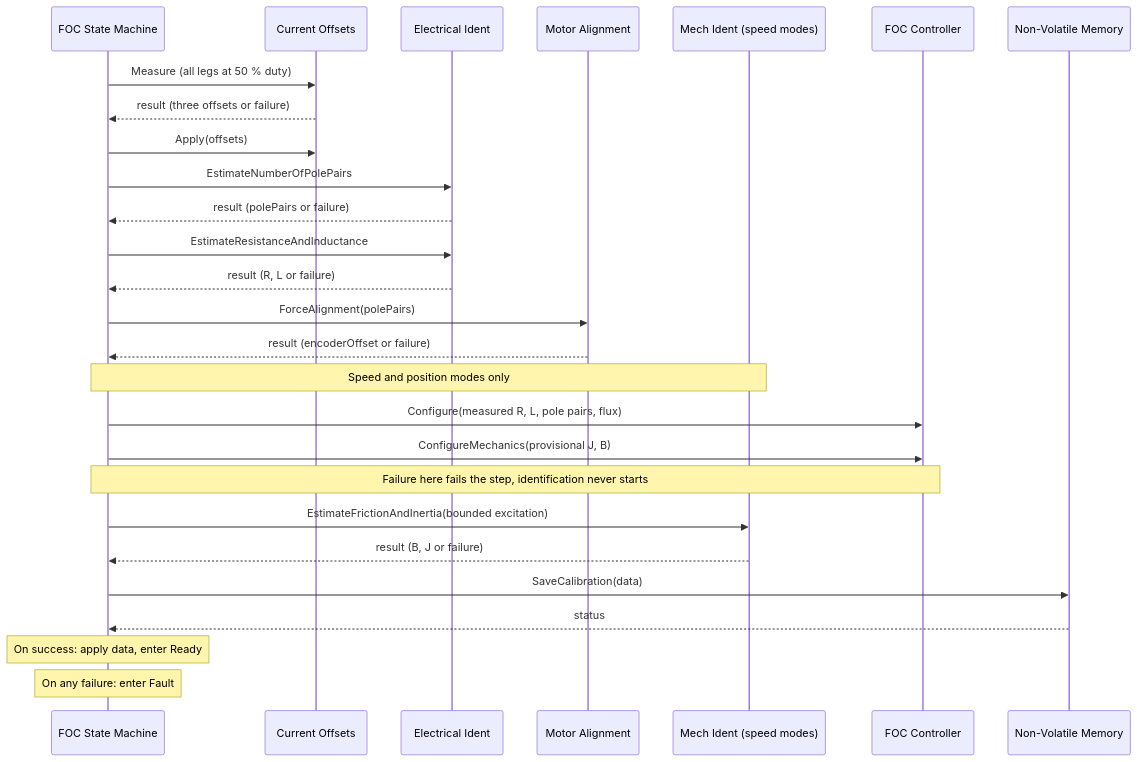
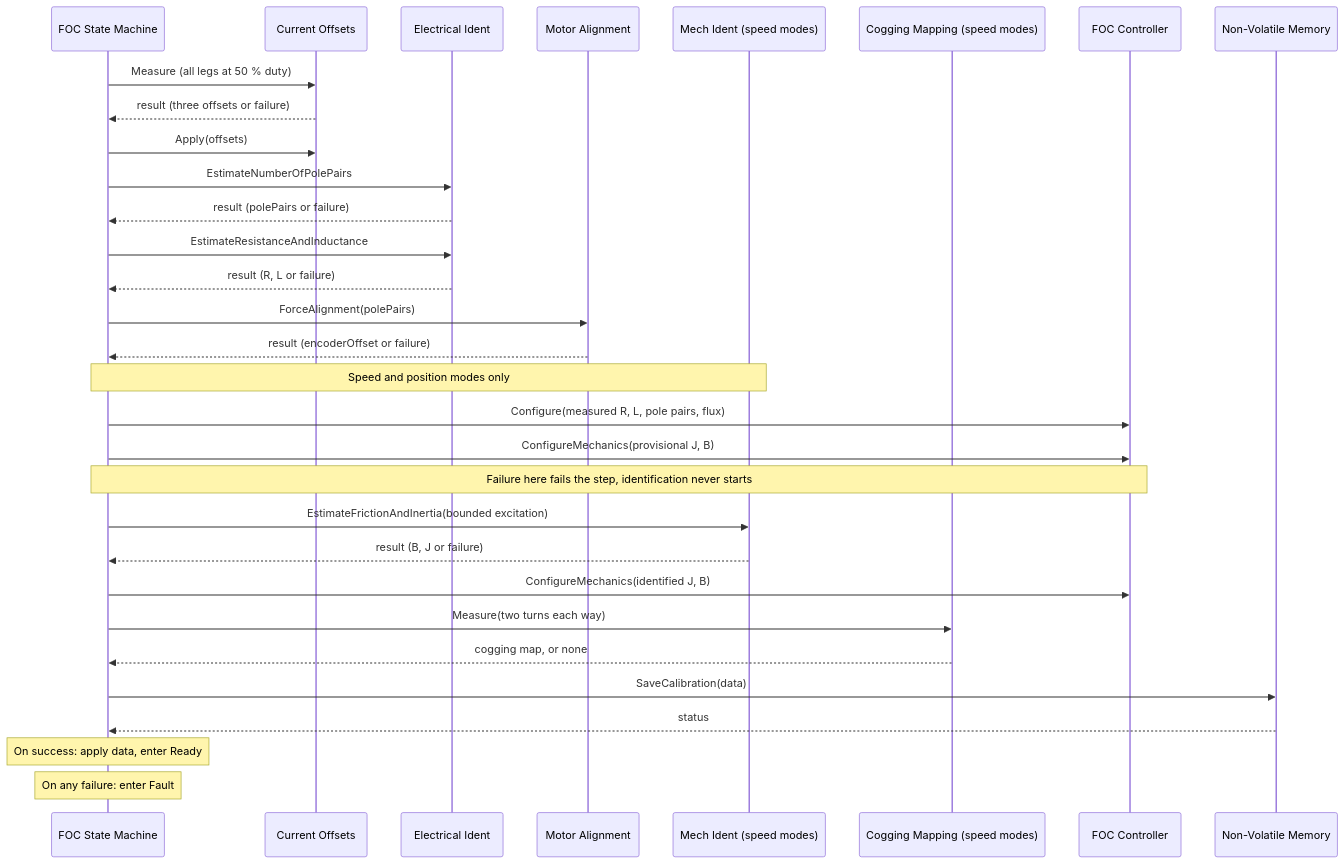
The second of 7 diagrams in documentation/design/state-machine.md (embedded-pro/e-foc), drawn with Mermaid before and after one commit. The commit also changed other lines of this file and 64 other files, not shown here.

````diff
--- a/documentation/design/state-machine.md
+++ b/documentation/design/state-machine.md
@@ -226,30 +226,34 @@
 ```mermaid
 sequenceDiagram
     participant SM as FOC State Machine
     participant CO as Current Offsets
     participant EI as Electrical Ident
     participant MA as Motor Alignment
     participant MI as Mech Ident (speed modes)
+    participant CM as Cogging Mapping (speed modes)
     participant FOC as FOC Controller
     participant NVM as Non-Volatile Memory
 
     SM->>CO: Measure (all legs at 50 % duty)
     CO-->>SM: result (three offsets or failure)
     SM->>CO: Apply(offsets)
     SM->>EI: EstimateNumberOfPolePairs
     EI-->>SM: result (polePairs or failure)
     SM->>EI: EstimateResistanceAndInductance
     EI-->>SM: result (R, L or failure)
     SM->>MA: ForceAlignment(polePairs)
     MA-->>SM: result (encoderOffset or failure)
     note over SM,MI: Speed and position modes only
     SM->>FOC: Configure(measured R, L, pole pairs, flux)
     SM->>FOC: ConfigureMechanics(provisional J, B)
     note over SM,FOC: Failure here fails the step, identification never starts
     SM->>MI: EstimateFrictionAndInertia(bounded excitation)
     MI-->>SM: result (B, J or failure)
+    SM->>FOC: ConfigureMechanics(identified J, B)
+    SM->>CM: Measure(two turns each way)
+    CM-->>SM: cogging map, or none
     SM->>NVM: SaveCalibration(data)
     NVM-->>SM: status
     note over SM: On success: apply data, enter Ready
     note over SM: On any failure: enter Fault
 ```
````
